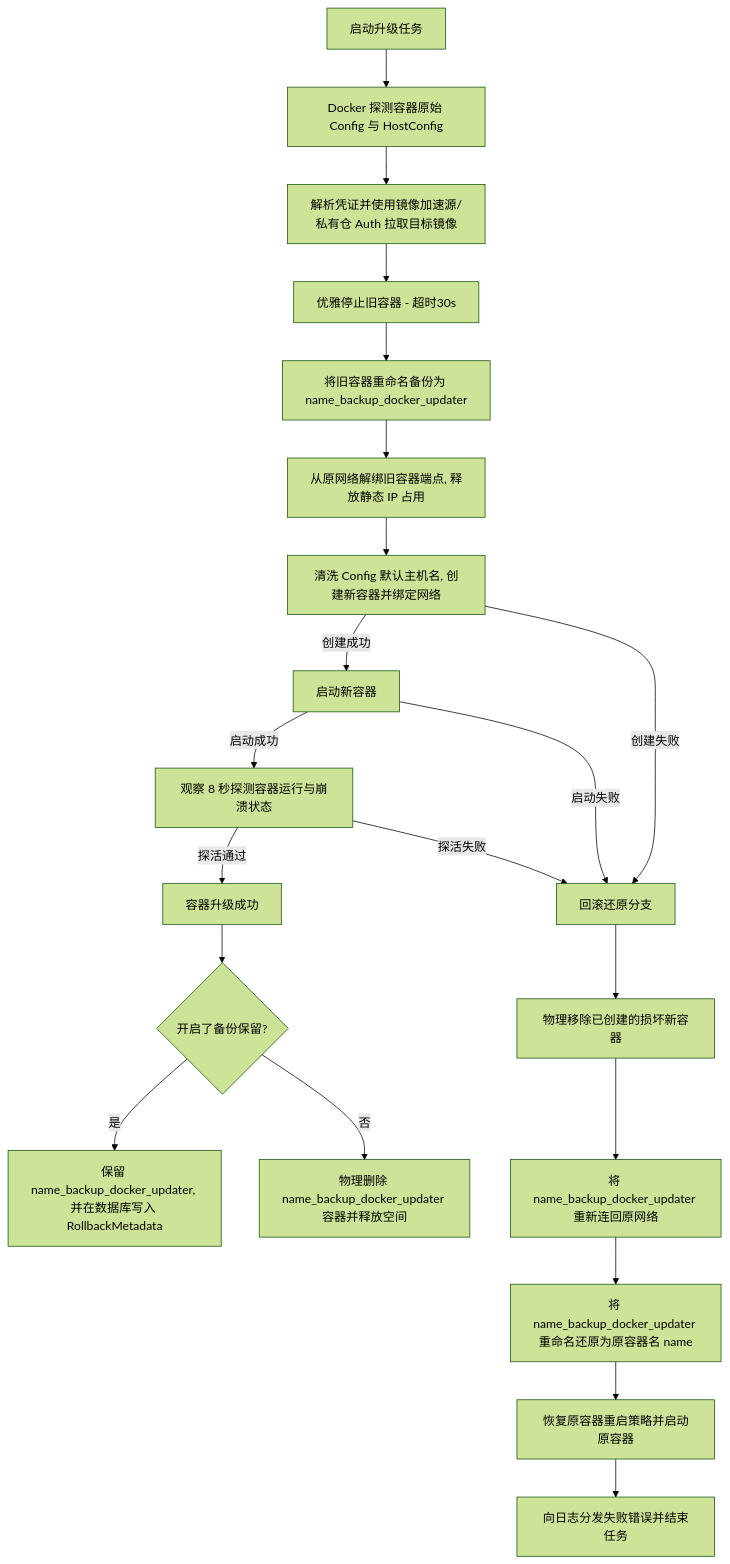
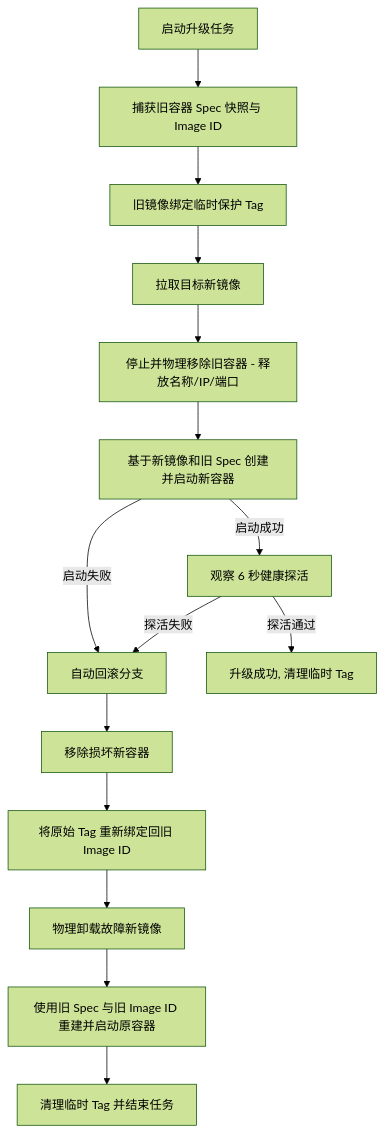
One commit to yuexps/docker.updater changed the first of 2 diagrams in docs/specification.md. Above: the diagram before and after it, drawn with Mermaid (forest theme). The commit also changed other lines of this file and 28 other files, not shown here.

````diff
--- a/docs/specification.md
+++ b/docs/specification.md
@@ -168,24 +153,18 @@
 ```mermaid
 graph TD
-    A[启动升级任务] --> B[Docker 探测容器原始 Config 与 HostConfig]
-    B --> C[解析凭证并使用镜像加速源/私有仓 Auth 拉取目标镜像]
-    C --> D[优雅停止旧容器 - 超时30s]
-    D --> E[将旧容器重命名备份为 name_backup_docker_updater]
-    E --> F[从原网络解绑旧容器端点, 释放静态 IP 占用]
-    F --> G[清洗 Config 默认主机名, 创建新容器并绑定网络]
-    G -->|创建成功| H[启动新容器]
-    G -->|创建失败| R[回滚还原分支]
-    H -->|启动成功| I[观察 8 秒探测容器运行与崩溃状态]
-    H -->|启动失败| R
-    I -->|探活通过| J[容器升级成功]
-    I -->|探活失败| R
-    J --> K{开启了备份保留?}
-    K -->|是| L[保留 name_backup_docker_updater, 并在数据库写入 RollbackMetadata]
-    K -->|否| M[物理删除 name_backup_docker_updater 容器并释放空间]
+    A[启动升级任务] --> B[捕获旧容器 Spec 快照与 Image ID]
+    B --> C[旧镜像绑定临时保护 Tag]
+    C --> D[拉取目标新镜像]
+    D --> E[停止并物理移除旧容器 - 释放名称/IP/端口]
+    E --> F[基于新镜像和旧 Spec 创建并启动新容器]
+    F -->|启动成功| G[观察 6 秒健康探活]
+    F -->|启动失败| R[自动回滚分支]
+    G -->|探活通过| H[升级成功, 清理临时 Tag]
+    G -->|探活失败| R
     
-    R[回滚还原分支] --> S[物理移除已创建的损坏新容器]
-    S --> T[将 name_backup_docker_updater 重新连回原网络]
-    T --> U[将 name_backup_docker_updater 重命名还原为原容器名 name]
-    U --> V[恢复原容器重启策略并启动原容器]
-    V --> W[向日志分发失败错误并结束任务]
+    R[自动回滚分支] --> S[移除损坏新容器]
+    S --> T[将原始 Tag 重新绑定回旧 Image ID]
+    T --> U[物理卸载故障新镜像]
+    U --> V[使用旧 Spec 与旧 Image ID 重建并启动原容器]
+    V --> W[清理临时 Tag 并结束任务]
 ```
````
